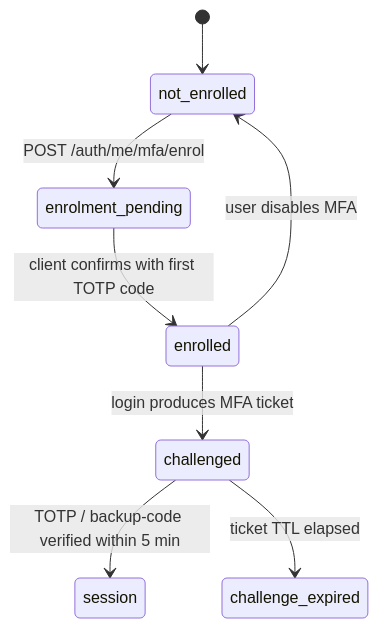
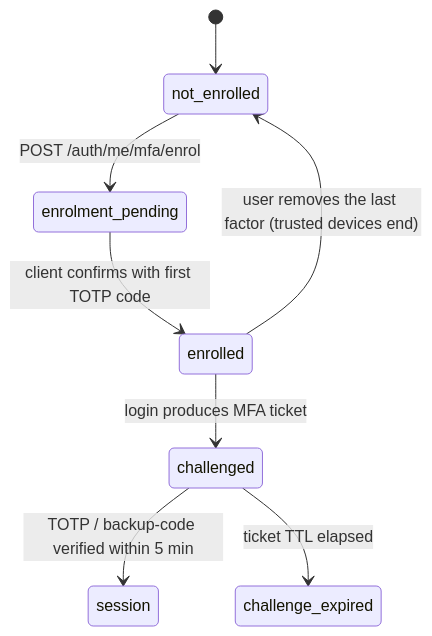
Before and after one commit to albetrios/meepzo-be: the diagram in src/domains/auth/sub-domains/auth-mfa/auth-mfa.overview.md, drawn with Mermaid. The commit also changed other lines of this file and 74 other files, not shown here.

First line of the commit message:
feat(auth): iteration row R32 — two-factor, trusted devices, the strong email-code step-up (routes 126–127, 145, 147)

````diff
--- a/src/domains/auth/sub-domains/auth-mfa/auth-mfa.overview.md
+++ b/src/domains/auth/sub-domains/auth-mfa/auth-mfa.overview.md
@@ -20,10 +22,10 @@
 ```mermaid
 stateDiagram-v2
   [*] --> not_enrolled
   not_enrolled --> enrolment_pending: POST /auth/me/mfa/enrol
   enrolment_pending --> enrolled: client confirms with first TOTP code
   enrolled --> challenged: login produces MFA ticket
   challenged --> session: TOTP / backup-code verified within 5 min
   challenged --> challenge_expired: ticket TTL elapsed
-  enrolled --> not_enrolled: user disables MFA
+  enrolled --> not_enrolled: user removes the last factor (trusted devices end)
 ```
````
